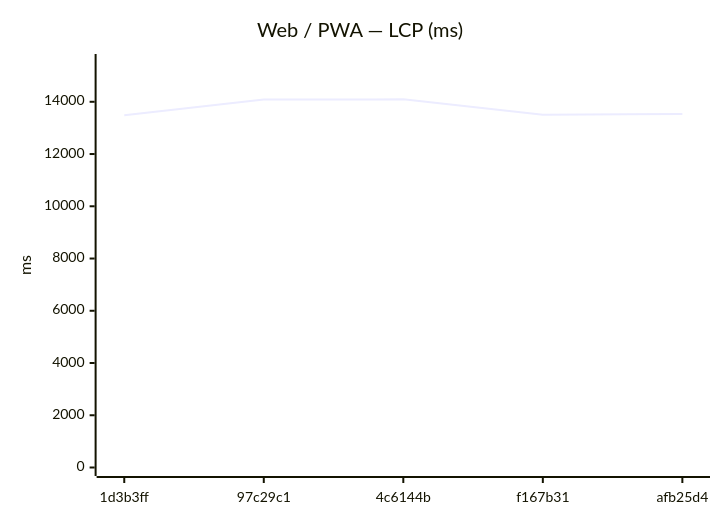
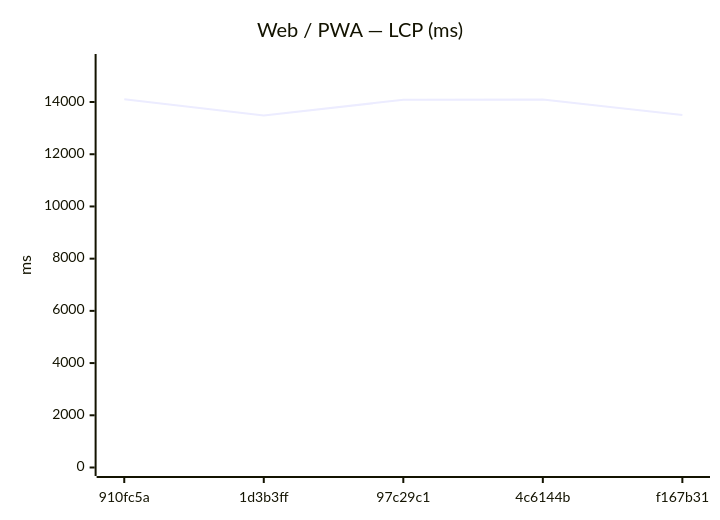
Before and after one commit to Metaheurist/Rianell: the seventh of 18 diagrams in benchmarks/compare.md, drawn with Mermaid. The commit also changed other lines of this file and 11 other files, not shown here.

````diff
--- a/benchmarks/compare.md
+++ b/benchmarks/compare.md
@@ -117,7 +117,7 @@
 ```mermaid
 xychart-beta
     title "Web / PWA — LCP (ms)"
-    x-axis ["1d3b3ff", "97c29c1", "4c6144b", "f167b31", "afb25d4"]
-    y-axis "ms" 0 --> 15504
-    line [13484, 14084, 14094, 13501, 13531]
+    x-axis ["910fc5a", "1d3b3ff", "97c29c1", "4c6144b", "f167b31"]
+    y-axis "ms" 0 --> 15514
+    line [14103, 13484, 14084, 14094, 13501]
 ```
````
